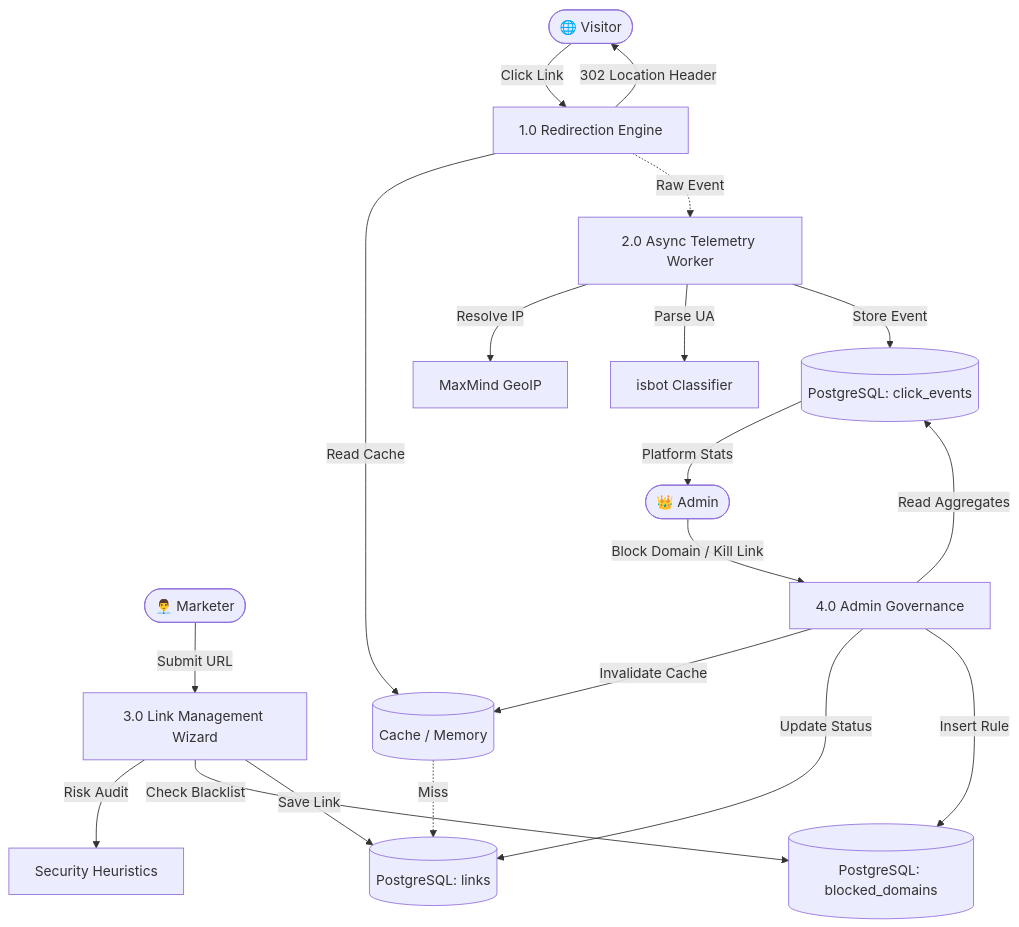
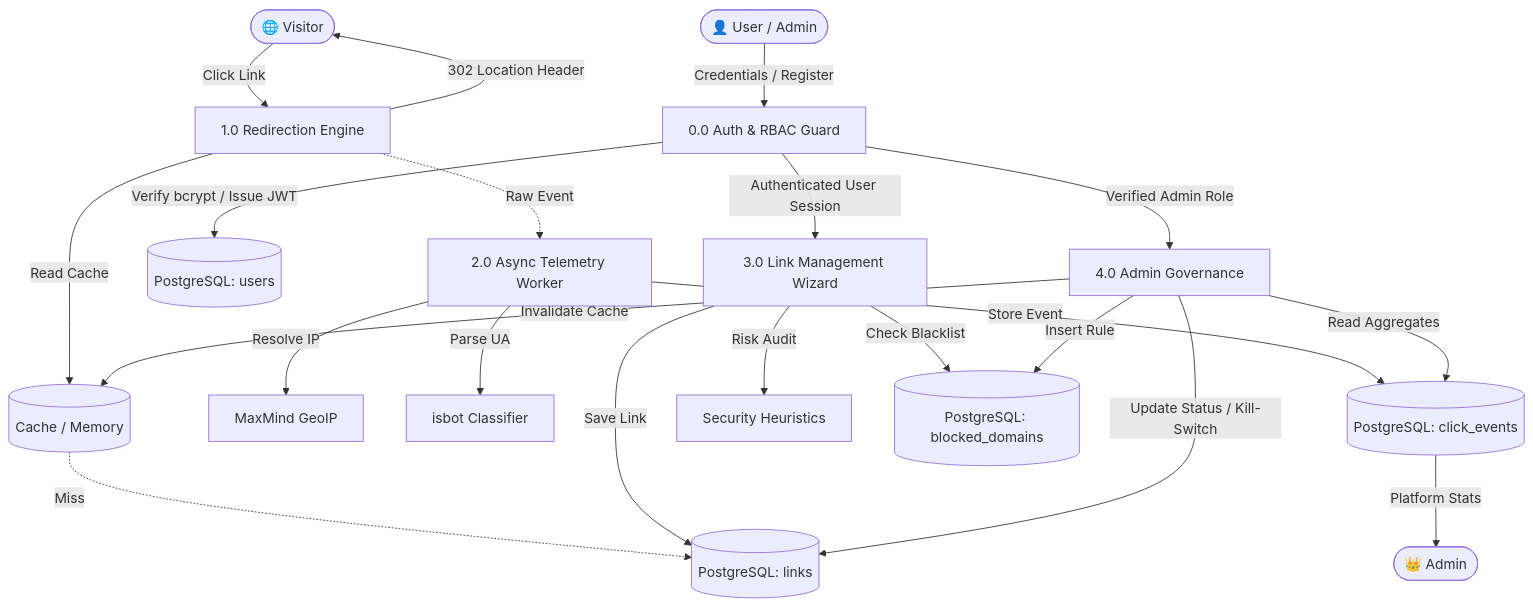
Before and after one commit to SakshamPantola/LinkPulse: the third of 4 diagrams in README.md, drawn with Mermaid. The commit also changed other lines of this file, not shown here.

Commit message:
docs: update system architecture, DFDs, ERD, and security docs with RBAC

````diff
--- a/README.md
+++ b/README.md
@@ -146,24 +152,27 @@
 ```mermaid
 graph TD
     User([🌐 Visitor]) -->|Click Link| P1[1.0 Redirection Engine]
     P1 -->|Read Cache| D1[(Cache / Memory)]
     D1 -.->|Miss| D2[(PostgreSQL: links)]
     P1 -->|302 Location Header| User
     P1 -.->|Raw Event| P2[2.0 Async Telemetry Worker]
     
     P2 -->|Resolve IP| ExtGeo[MaxMind GeoIP]
     P2 -->|Parse UA| ExtBot[isbot Classifier]
     P2 -->|Store Event| D3[(PostgreSQL: click_events)]
     
-    Marketer([👨‍💼 Marketer]) -->|Submit URL| P3[3.0 Link Management Wizard]
+    Client([👤 User / Admin]) -->|Credentials / Register| P0[0.0 Auth & RBAC Guard]
+    P0 -->|Verify bcrypt / Issue JWT| D5[(PostgreSQL: users)]
+    P0 -->|Authenticated User Session| P3[3.0 Link Management Wizard]
+    P0 -->|Verified Admin Role| P4[4.0 Admin Governance]
+    
     P3 -->|Risk Audit| ExtRisk[Security Heuristics]
     P3 -->|Check Blacklist| D4[(PostgreSQL: blocked_domains)]
     P3 -->|Save Link| D2
     
-    Admin([👑 Admin]) -->|Block Domain / Kill Link| P4[4.0 Admin Governance]
     P4 -->|Invalidate Cache| D1
-    P4 -->|Update Status| D2
+    P4 -->|Update Status / Kill-Switch| D2
     P4 -->|Insert Rule| D4
     P4 -->|Read Aggregates| D3
-    D3 -->|Platform Stats| Admin
+    D3 -->|Platform Stats| Admin([👑 Admin])
 ```
````
